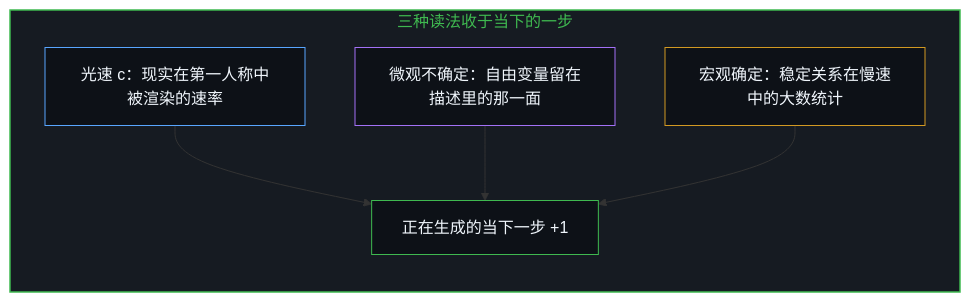
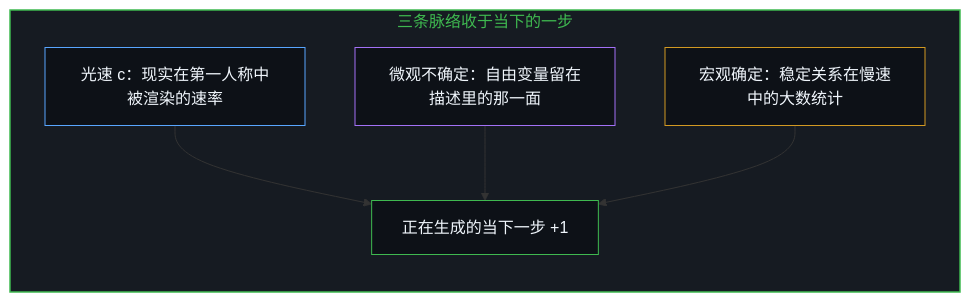
One commit to powerpig99/not-a-toe changed diagram 11 of 12 in content/posts/when-electrons-think.md. Above: the diagram before and after it, drawn with Mermaid. The commit also changed other lines of this file and 27 other files, not shown here.

````diff
--- a/content/posts/when-electrons-think.md
+++ b/content/posts/when-electrons-think.md
@@ -353,19 +343,18 @@
 ```mermaid
 flowchart TD
-    subgraph S_Step["三种读法收于当下的一步"]
+    subgraph S_Step["三条脉络收于当下的一步"]
         direction TB
         Light["光速 c：现实在第一人称中被渲染的速率"]
         Micro["微观不确定：自由变量留在描述里的那一面"]
         Macro["宏观确定：稳定关系在慢速中的大数统计"]
         Now["正在生成的当下一步 +1"]
         Light --> Now
         Micro --> Now
         Macro --> Now
     end
-
     style S_Step fill:#161b22,stroke:#3fb950,stroke-width:1.5px,color:#3fb950
     style Light fill:#0d1117,stroke:#58a6ff,stroke-width:1px,color:#f0f6fc
     style Micro fill:#0d1117,stroke:#a371f7,stroke-width:1px,color:#f0f6fc
     style Macro fill:#0d1117,stroke:#d29922,stroke-width:1px,color:#f0f6fc
     style Now fill:#0d1117,stroke:#3fb950,stroke-width:1px,color:#f0f6fc
 ```
````
